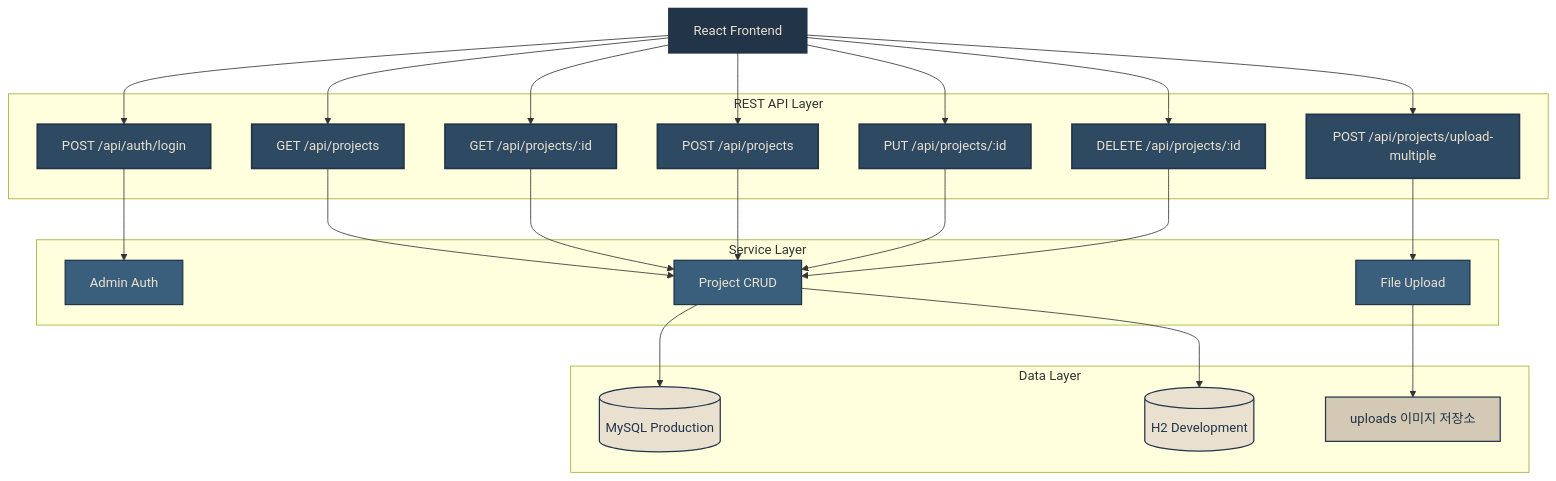
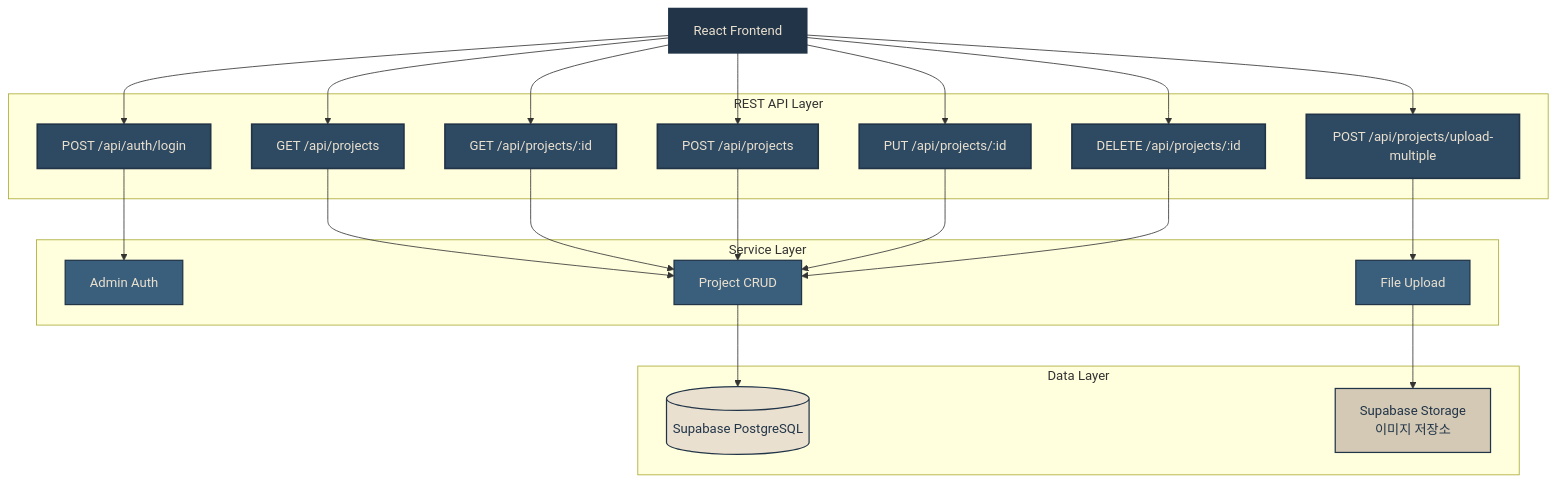
The first of 2 diagrams in README.md (hoilycat/the-code-weaver-backend), drawn with Mermaid before and after one commit. The commit also changed other lines of this file, not shown here.

Commit message:
Replace MySQL with PostgreSQL and Supabase in README

````diff
--- a/README.md
+++ b/README.md
@@ -20,39 +21,38 @@
 ```mermaid
 graph TD
     classDef client fill:#213448,color:#EAE0CF,stroke:#213448,stroke-width:2px
     classDef controller fill:#2E4A63,color:#EAE0CF,stroke:#213448,stroke-width:2px
     classDef service fill:#3A5F7D,color:#EAE0CF,stroke:#213448,stroke-width:1.5px
     classDef db fill:#EAE0CF,color:#213448,stroke:#213448,stroke-width:1.5px
     classDef storage fill:#D4C9B5,color:#213448,stroke:#213448,stroke-width:1.5px
 
     Client[React Frontend]:::client
 
     subgraph API[REST API Layer]
         Auth[POST /api/auth/login]:::controller
         GetAll[GET /api/projects]:::controller
         GetOne[GET /api/projects/:id]:::controller
         Upload[POST /api/projects/upload-multiple]:::controller
         Create[POST /api/projects]:::controller
         Update[PUT /api/projects/:id]:::controller
         Delete[DELETE /api/projects/:id]:::controller
     end
 
     subgraph Service[Service Layer]
         AuthSvc[Admin Auth]:::service
         ProjectSvc[Project CRUD]:::service
         FileSvc[File Upload]:::service
     end
 
     subgraph Data[Data Layer]
-        MySQL[(MySQL Production)]:::db
-        H2[(H2 Development)]:::db
-        Uploads[uploads 이미지 저장소]:::storage
+        PG[(Supabase PostgreSQL)]:::db
+        Storage[Supabase Storage<br/>이미지 저장소]:::storage
     end
 
     Client --> Auth & GetAll & GetOne & Upload & Create & Update & Delete
     Auth --> AuthSvc
     GetAll & GetOne & Create & Update & Delete --> ProjectSvc
     Upload --> FileSvc
-    ProjectSvc --> MySQL & H2
-    FileSvc --> Uploads
+    ProjectSvc --> PG
+    FileSvc --> Storage
 ```
````
